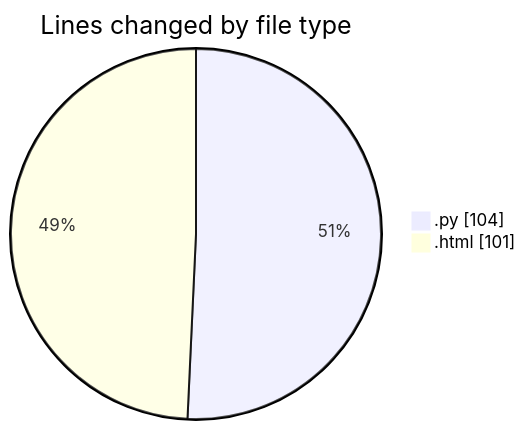
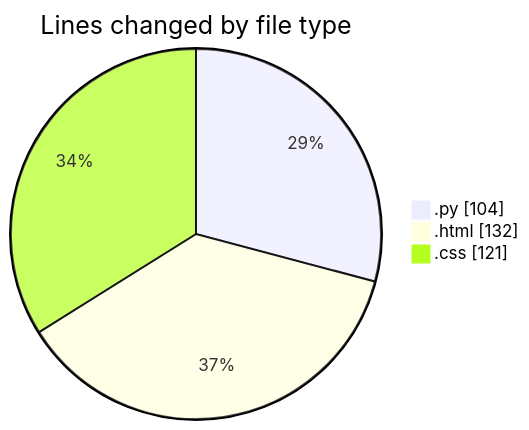
One commit to Elitesun/code-tracking changed the first of 2 diagrams in 2025-01-31/flask/README.md. Above: the diagram before and after it, drawn with Mermaid. The commit also changed other lines of this file and 1 other file, not shown here.

````diff
--- a/2025-01-31/flask/README.md
+++ b/2025-01-31/flask/README.md
@@ -24,6 +25,7 @@
 ```mermaid
 pie showData
 title Lines changed by file type
 ".py" : 104
-".html" : 101
+".html" : 132
+".css" : 121
 ```
````
